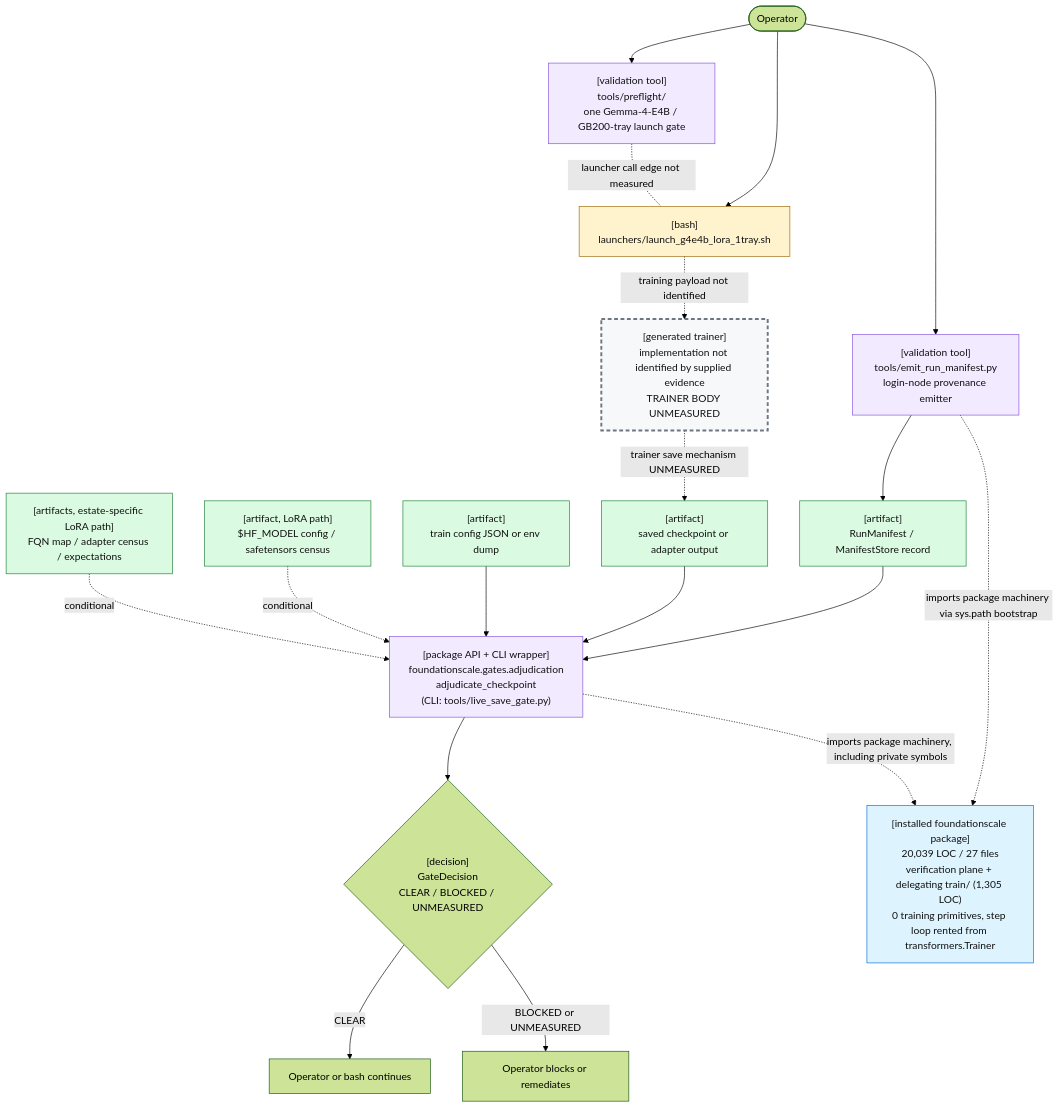
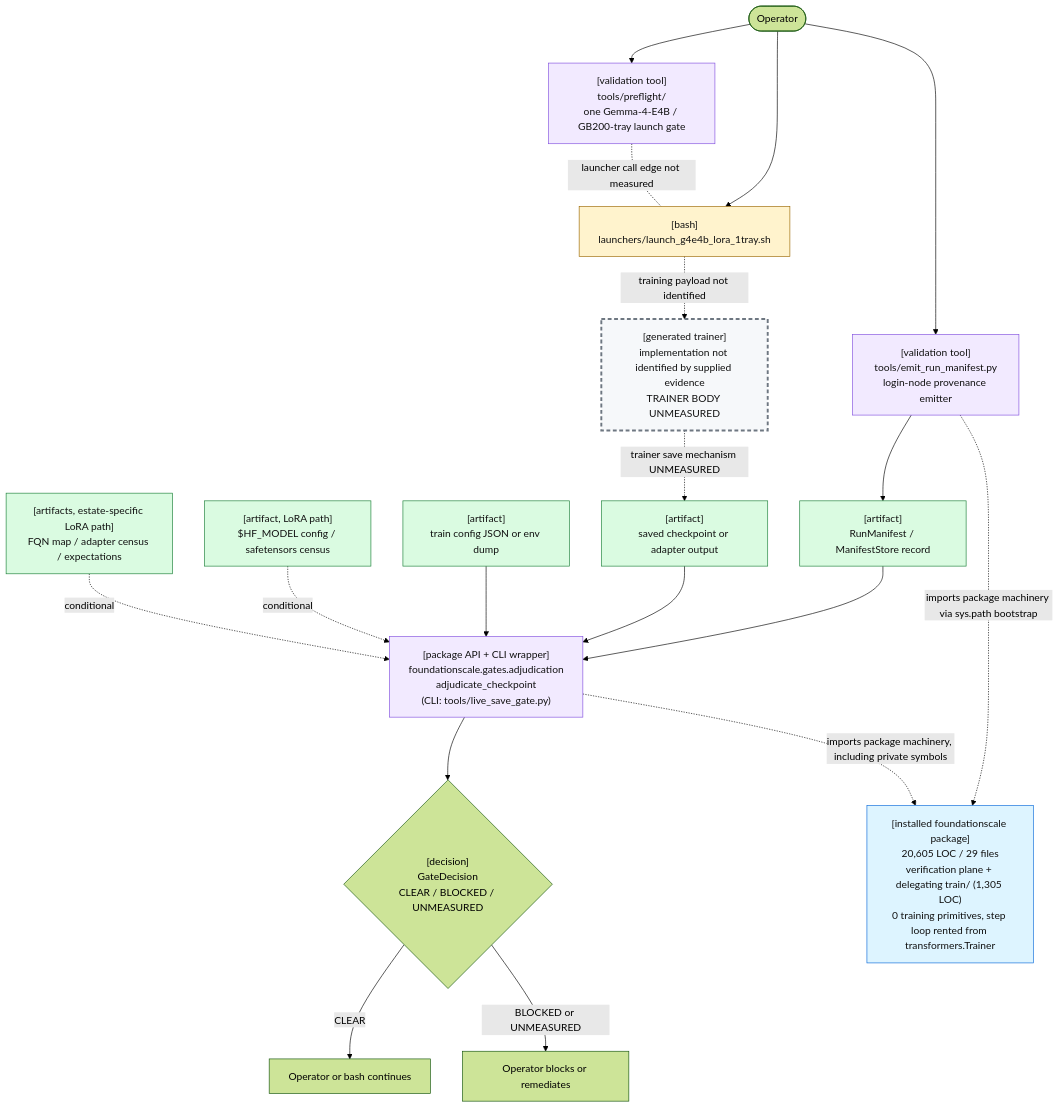
Before and after one commit to TranNhiem/FoundationScale: the first of 2 diagrams in docs/review/D2_current_architecture.md, drawn with Mermaid (forest theme). The commit also changed other lines of this file and 20 other files, not shown here.

````diff
--- a/docs/review/D2_current_architecture.md
+++ b/docs/review/D2_current_architecture.md
@@ -25,59 +25,59 @@
 ```mermaid
 flowchart TB
   O(["Operator"])
 
   PF["[validation tool]<br/>tools/preflight/<br/>one Gemma-4-E4B / GB200-tray launch gate"]
   L["[bash]<br/>launchers/launch_g4e4b_lora_1tray.sh"]
 
   E["[validation tool]<br/>tools/emit_run_manifest.py<br/>login-node provenance emitter"]
   M["[artifact]<br/>RunManifest / ManifestStore record"]
 
   T["[generated trainer]<br/>implementation not identified by supplied evidence<br/>TRAINER BODY UNMEASURED"]
   C["[artifact]<br/>saved checkpoint or adapter output"]
 
   G["[package API + CLI wrapper]<br/>foundationscale.gates.adjudication<br/>adjudicate_checkpoint<br/>(CLI: tools/live_save_gate.py)"]
   CFG["[artifact]<br/>train config JSON or env dump"]
   BASE["[artifact, LoRA path]<br/>$HF_MODEL config / safetensors census"]
   CEN["[artifacts, estate-specific LoRA path]<br/>FQN map / adapter census / expectations"]
 
   D{"[decision]<br/>GateDecision<br/>CLEAR / BLOCKED / UNMEASURED"}
   OK["Operator or bash continues"]
   NO["Operator blocks or remediates"]
 
-  PKG["[installed foundationscale package]<br/>20,039 LOC / 27 files<br/>verification plane + delegating train/ (1,305 LOC)<br/>0 training primitives, step loop rented from transformers.Trainer"]
+  PKG["[installed foundationscale package]<br/>20,605 LOC / 29 files<br/>verification plane + delegating train/ (1,305 LOC)<br/>0 training primitives, step loop rented from transformers.Trainer"]
 
   O --> PF
   O --> L
   PF -. "launcher call edge not measured" .- L
 
   O --> E
   E --> M
 
   L -. "training payload not identified" .-> T
   T -. "trainer save mechanism UNMEASURED" .-> C
 
   M --> G
   C --> G
   CFG --> G
   BASE -. "conditional" .-> G
   CEN -. "conditional" .-> G
 
   E -. "imports package machinery via sys.path bootstrap" .-> PKG
   G -. "imports package machinery, including private symbols" .-> PKG
 
   G --> D
   D -->|"CLEAR"| OK
   D -->|"BLOCKED or UNMEASURED"| NO
 
   classDef bash fill:#fff3cd,stroke:#9a6700,color:#111;
   classDef tool fill:#f2eaff,stroke:#8250df,color:#111;
   classDef artifact fill:#dafbe1,stroke:#1a7f37,color:#111;
   classDef gap fill:#f6f8fa,stroke:#6e7781,stroke-width:3px,stroke-dasharray: 6 4,color:#111;
   classDef pkg fill:#ddf4ff,stroke:#0969da,color:#111;
 
   class L bash;
   class PF,E,G tool;
   class M,C,CFG,BASE,CEN artifact;
   class T gap;
   class PKG pkg;
 ```
````
